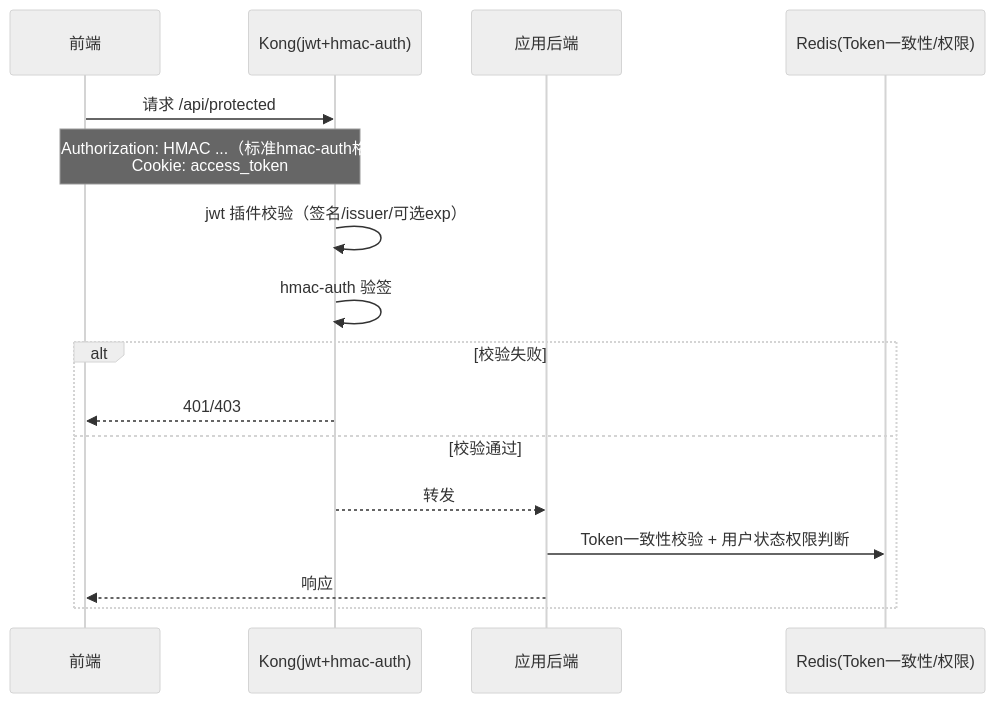
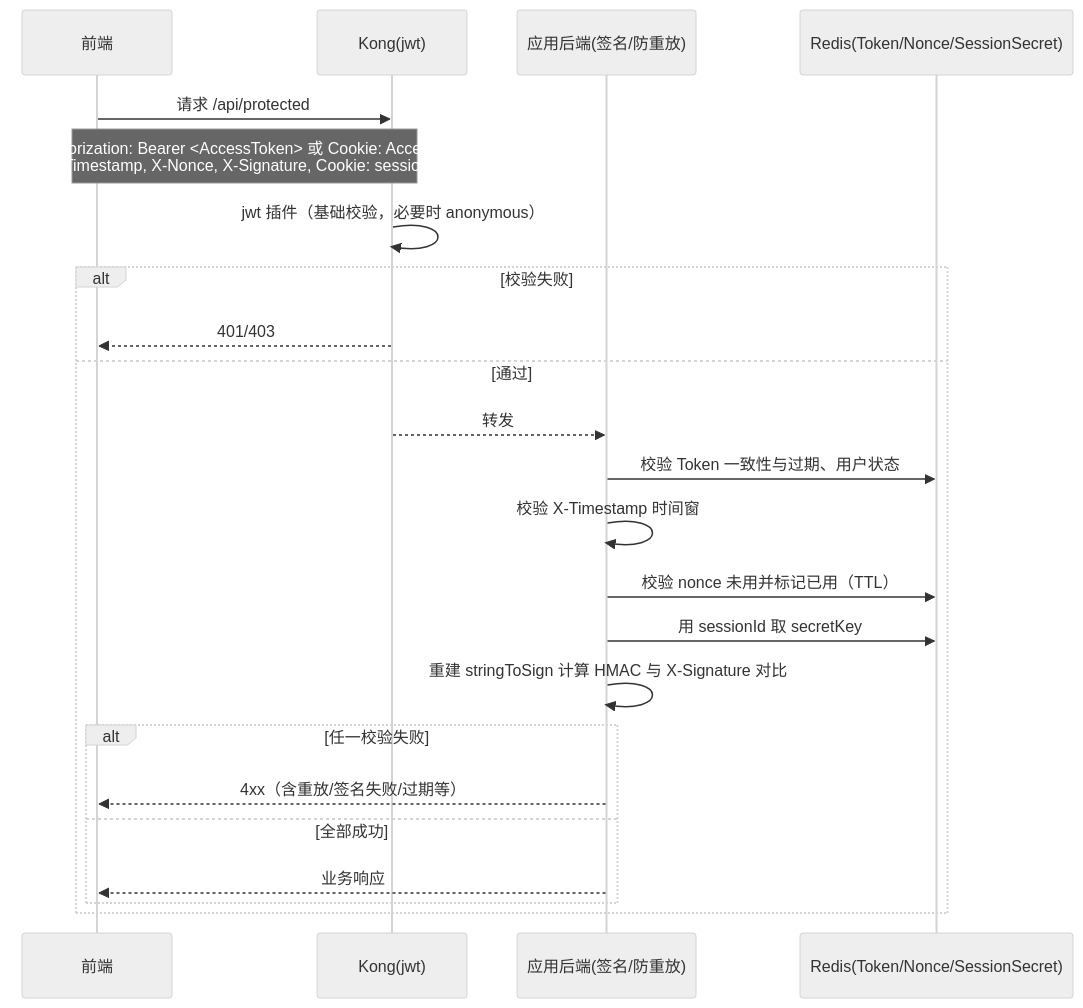
Before and after one commit to yingjianzh/iodraw-files: the diagram in all/未命名-3.md, drawn with Mermaid (neutral theme).

Commit message:
2025-10-14 17:23:26 update

````diff
--- a/all/未命名-3.md
+++ b/all/未命名-3.md
@@ -1,20 +1,27 @@
 ```mermaid
 sequenceDiagram
     participant FE as 前端
-    participant Kong as Kong(jwt+hmac-auth)
-    participant App as 应用后端
-    participant Redis as Redis(Token一致性/权限)
+    participant Kong as Kong(jwt)
+    participant App as 应用后端(签名/防重放)
+    participant Redis as Redis(Token/Nonce/SessionSecret)
 
     FE->>Kong: 请求 /api/protected
-    Note over FE,Kong: 头部: Authorization: HMAC ...（标准hmac-auth格式）<br/>Cookie: access_token
+    Note over FE,Kong: 头: Authorization: Bearer <AccessToken> 或 Cookie: AccessToken<br/>X-Timestamp, X-Nonce, X-Signature, Cookie: sessionId
 
-    Kong->>Kong: jwt 插件校验（签名/issuer/可选exp）
-    Kong->>Kong: hmac-auth 验签
+    Kong->>Kong: jwt 插件（基础校验，必要时 anonymous）
     alt 校验失败
       Kong-->>FE: 401/403
-    else 校验通过
+    else 通过
       Kong-->>App: 转发
-      App->>Redis: Token一致性校验 + 用户状态权限判断
-      App-->>FE: 响应
+      App->>Redis: 校验 Token 一致性与过期、用户状态
+      App->>App: 校验 X-Timestamp 时间窗
+      App->>Redis: 校验 nonce 未用并标记已用（TTL）
+      App->>Redis: 用 sessionId 取 secretKey
+      App->>App: 重建 stringToSign 计算 HMAC 与 X-Signature 对比
+      alt 任一校验失败
+        App-->>FE: 4xx（含重放/签名失败/过期等）
+      else 全部成功
+        App-->>FE: 业务响应
+      end
     end
 ```
````
